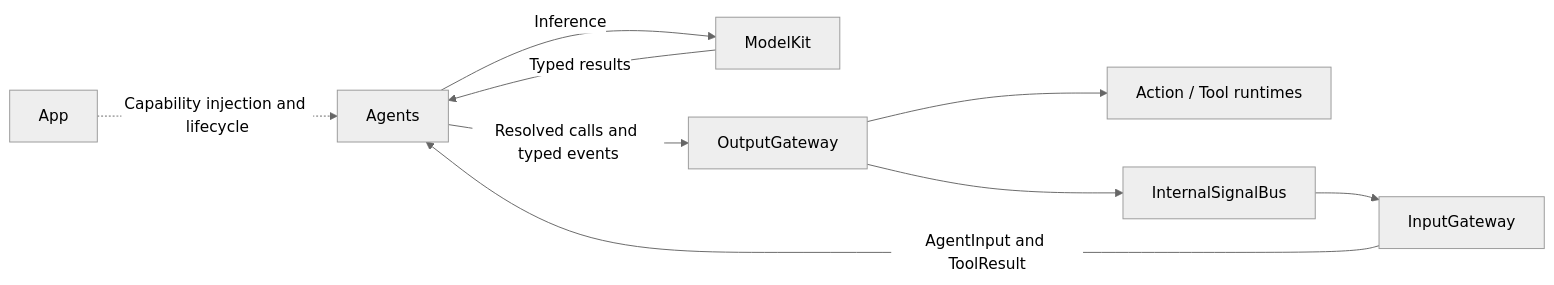
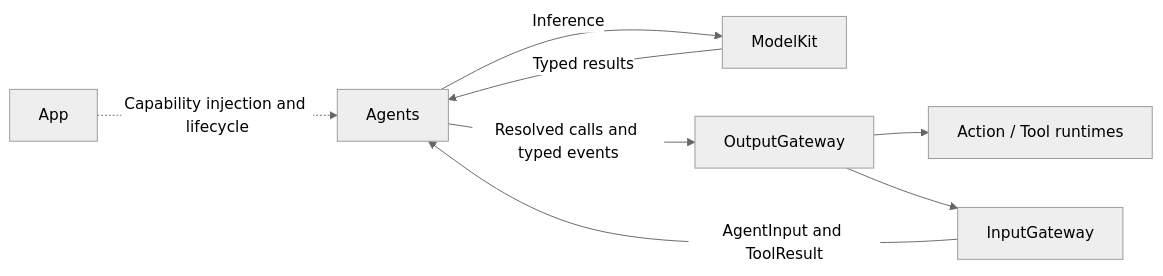
One commit to devilyouwei/MobileHarness changed the first of 2 diagrams in MobileHarness/Agents/README.md. Above: the diagram before and after it, drawn with Mermaid (neutral theme). The commit also changed other lines of this file and 40 other files, not shown here.

Commit message:
refactor: replace signal bus with direct gateway admission

````diff
--- a/MobileHarness/Agents/README.md
+++ b/MobileHarness/Agents/README.md
@@ -23,11 +23,10 @@
 ```mermaid
 flowchart LR
     App -.->|Capability injection and lifecycle| Agents
     Input[InputGateway] -->|AgentInput and ToolResult| Agents
     Agents -->|Inference| ModelKit
     ModelKit -->|Typed results| Agents
     Agents -->|Resolved calls and typed events| Output[OutputGateway]
     Output --> Runtime[Action / Tool runtimes]
-    Output --> Bus[InternalSignalBus]
-    Bus --> Input
+    Output --> Input
 ```
````
